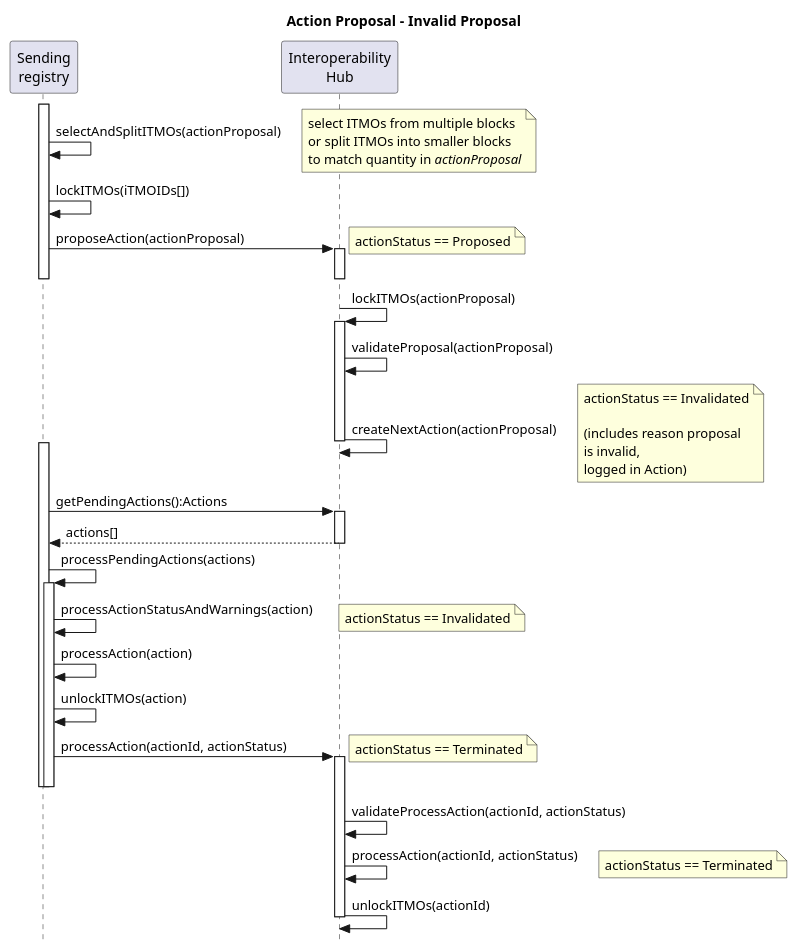
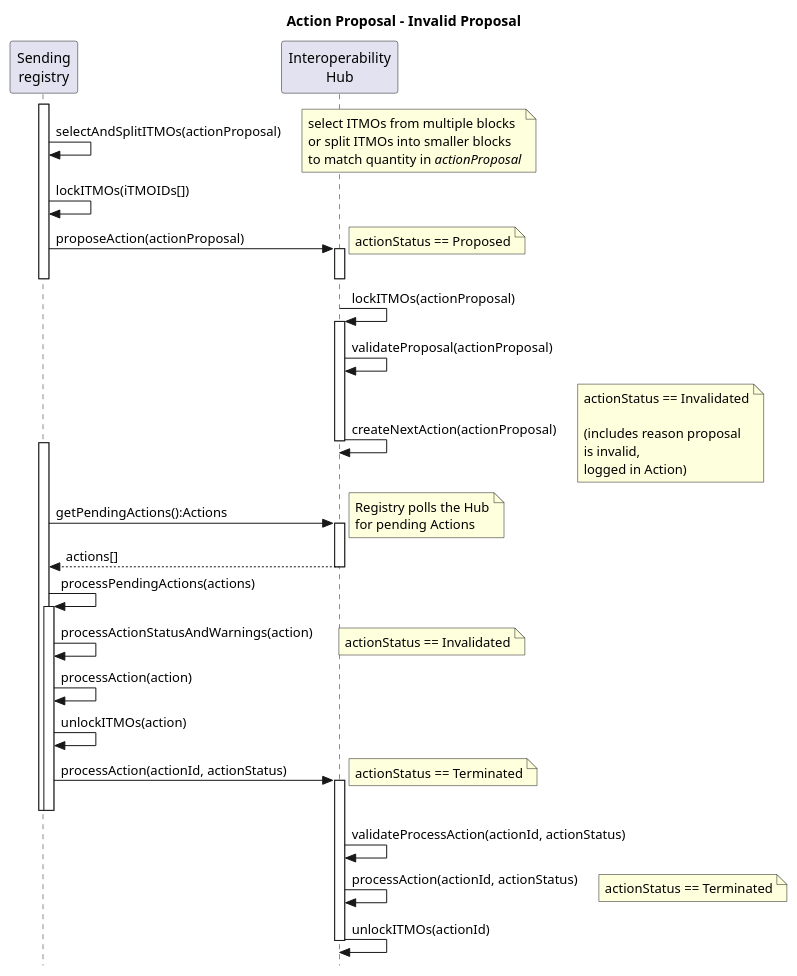
Before and after one commit to frankcnng/CARP: the diagram in diagrams/actionProposal_Invalid_Sequence.puml, drawn with PlantUML.

```diff
--- a/diagrams/actionProposal_Invalid_Sequence.puml
+++ b/diagrams/actionProposal_Invalid_Sequence.puml
@@ -1,47 +1,49 @@
 @startuml actionProposal_Invalid_Sequence
 
 title Action Proposal - Invalid Proposal
 
 skinparam style strictuml
 
 participant "Sending\nregistry" as Sender
 participant "Interoperability\nHub" as Hub
 
 activate Sender
 Sender -> Sender: selectAndSplitITMOs(actionProposal)
 note right: select ITMOs from multiple blocks\nor split ITMOs into smaller blocks\nto match quantity in //actionProposal//
 
 Sender -> Sender: lockITMOs(iTMOIDs[])
 Sender -> Hub++ : proposeAction(actionProposal)
 note right: actionStatus == Proposed
 deactivate Sender
 deactivate Hub
 
-  Hub -> Hub++: lockITMOs(actionProposal)
-  Hub -> Hub: validateProposal(actionProposal)
-  Hub -> Hub--: createNextAction(actionProposal)
-  note right: actionStatus == Invalidated\n\n(includes reason proposal\nis invalid,\nlogged in Action)
-  
-  activate Sender
-  Sender -> Hub++ : getPendingActions():Actions
-  Sender <-- Hub: actions[]
-  deactivate Hub
-  
-  Sender -> Sender: processPendingActions(actions)
-  activate Sender
-  Sender -> Sender: processActionStatusAndWarnings(action)
-  note right: actionStatus == Invalidated
+Hub -> Hub++: lockITMOs(actionProposal)
+Hub -> Hub: validateProposal(actionProposal)
+Hub -> Hub--: createNextAction(actionProposal)
+note right: actionStatus == Invalidated\n\n(includes reason proposal\nis invalid,\nlogged in Action)
 
-  Sender -> Sender: processAction(action)
-  Sender -> Sender: unlockITMOs(action)
-  
-    Sender -> Hub++: processAction(actionId, actionStatus)
-    note right: actionStatus == Terminated
-    deactivate Sender
-    deactivate Sender
-    Hub -> Hub: validateProcessAction(actionId, actionStatus)
-    Hub -> Hub: processAction(actionId, actionStatus)
-    note right: actionStatus == Terminated
-    Hub -> Hub--: unlockITMOs(actionId)
+activate Sender
+Sender -> Hub++ : getPendingActions():Actions
+note right: Registry polls the Hub\nfor pending Actions
+
+Sender <-- Hub: actions[]
+deactivate Hub
+
+Sender -> Sender: processPendingActions(actions)
+activate Sender
+Sender -> Sender: processActionStatusAndWarnings(action)
+note right: actionStatus == Invalidated
+
+Sender -> Sender: processAction(action)
+Sender -> Sender: unlockITMOs(action)
+
+Sender -> Hub++: processAction(actionId, actionStatus)
+note right: actionStatus == Terminated
+deactivate Sender
+deactivate Sender
+Hub -> Hub: validateProcessAction(actionId, actionStatus)
+Hub -> Hub: processAction(actionId, actionStatus)
+note right: actionStatus == Terminated
+Hub -> Hub--: unlockITMOs(actionId)
 
 @enduml
```
